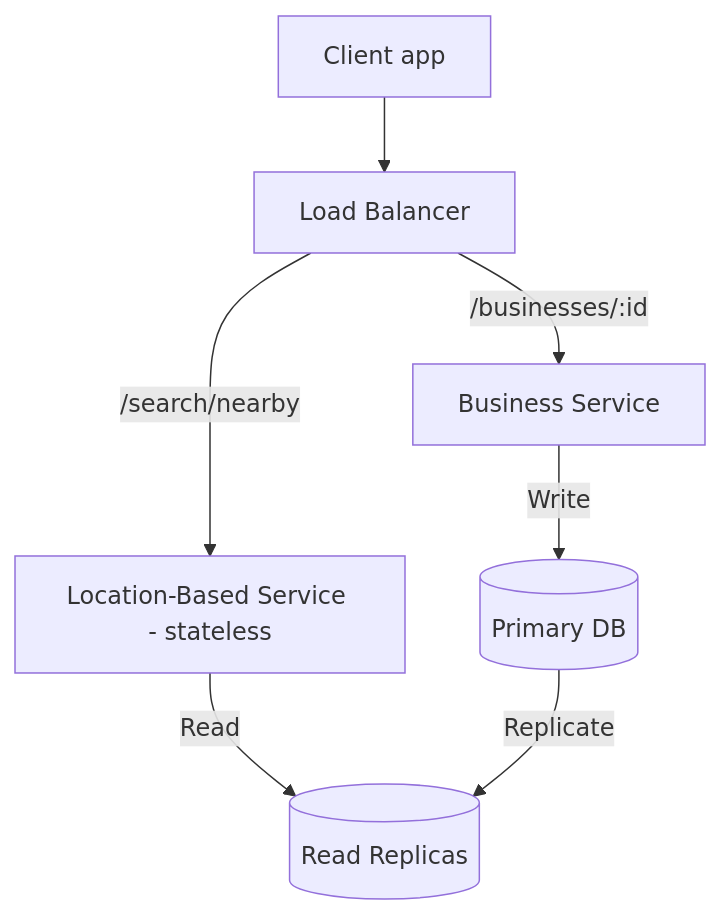
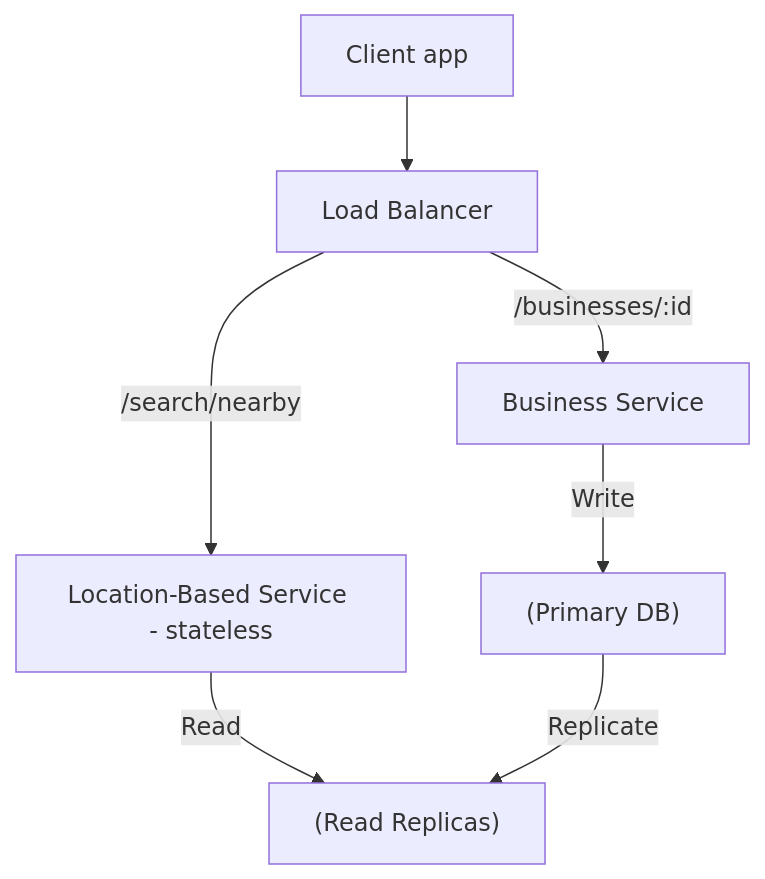
The first of 2 diagrams in files/Book-System-Design-Vol-2/01-proximity-service.md (pankajThakur1874/studysheet), drawn with Mermaid before and after one commit. The commit also changed other lines of this file and 102 other files, not shown here.

Commit message:
Auto-fix Mermaid diagram syntax across all study guides to prevent Syntax Error in Mermaid v10

````diff
--- a/files/Book-System-Design-Vol-2/01-proximity-service.md
+++ b/files/Book-System-Design-Vol-2/01-proximity-service.md
@@ -51,9 +51,9 @@
 ```mermaid
 flowchart TD
     Client[Client app] --> LB[Load Balancer]
     LB -->|/search/nearby| LBS[Location-Based Service - stateless]
     LB -->|/businesses/:id| BS[Business Service]
-    LBS -->|Read| Replica[(Read Replicas)]
-    BS -->|Write| Primary[(Primary DB)]
+    LBS -->|Read| Replica["(Read Replicas)"]
+    BS -->|Write| Primary["(Primary DB)"]
     Primary -->|Replicate| Replica
 ```
````
